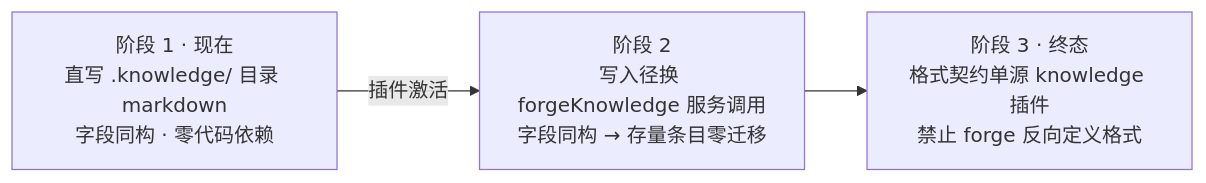
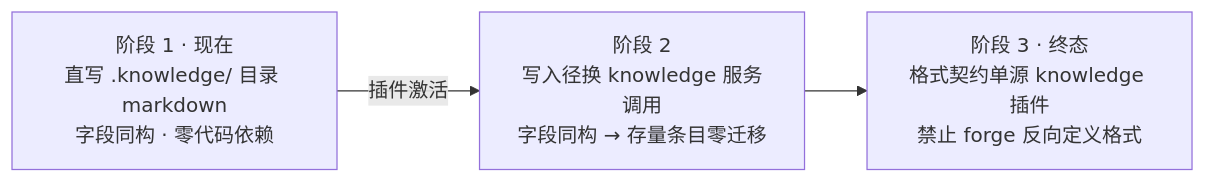
The second of 2 diagrams in packages/plugins/knowledge/skills/learn/SKILL.md (bigfaner/dsh-forge), drawn with Mermaid before and after one commit. The commit also changed other lines of this file and 42 other files, not shown here.

````diff
--- a/packages/plugins/knowledge/skills/learn/SKILL.md
+++ b/packages/plugins/knowledge/skills/learn/SKILL.md
@@ -84,5 +84,5 @@
 ```mermaid
 flowchart LR
-    A["阶段 1 · 现在<br/>直写 .knowledge/ 目录 markdown<br/>字段同构 · 零代码依赖"] -->|"插件激活"| B["阶段 2<br/>写入径换 forgeKnowledge 服务调用<br/>字段同构 → 存量条目零迁移"]
+    A["阶段 1 · 现在<br/>直写 .knowledge/ 目录 markdown<br/>字段同构 · 零代码依赖"] -->|"插件激活"| B["阶段 2<br/>写入径换 knowledge 服务调用<br/>字段同构 → 存量条目零迁移"]
     B --> C["阶段 3 · 终态<br/>格式契约单源 knowledge 插件<br/>禁止 forge 反向定义格式"]
 ```
````
